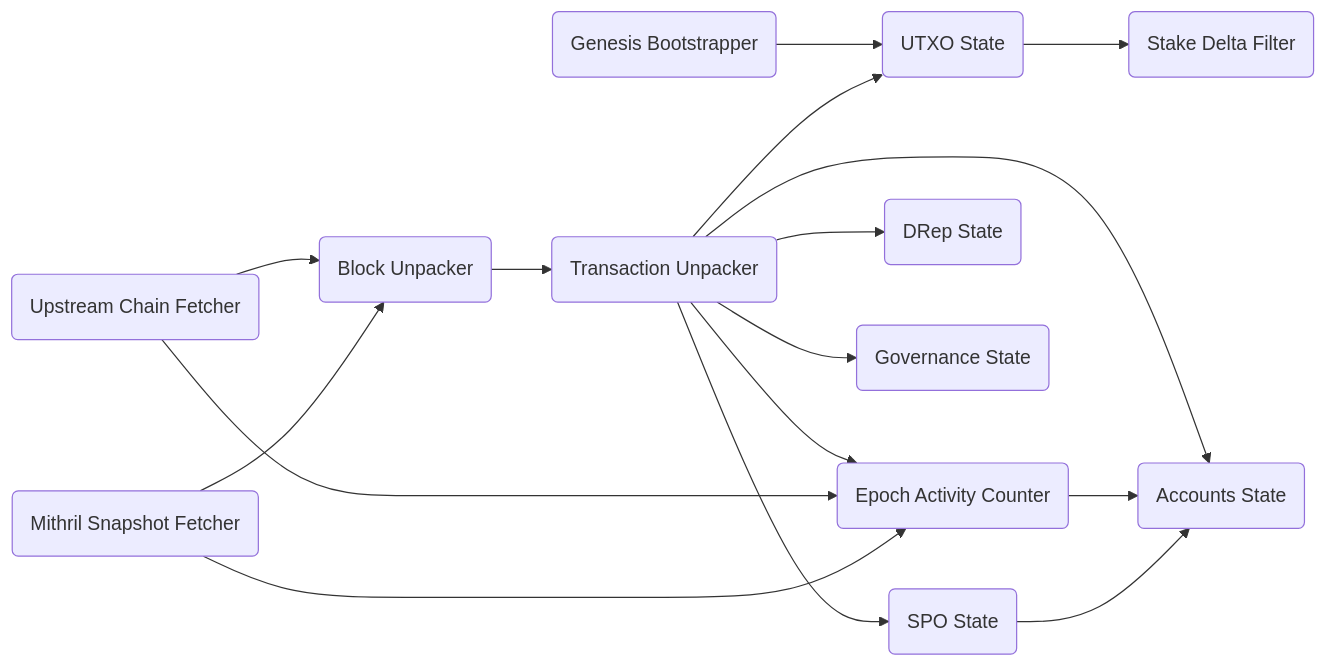
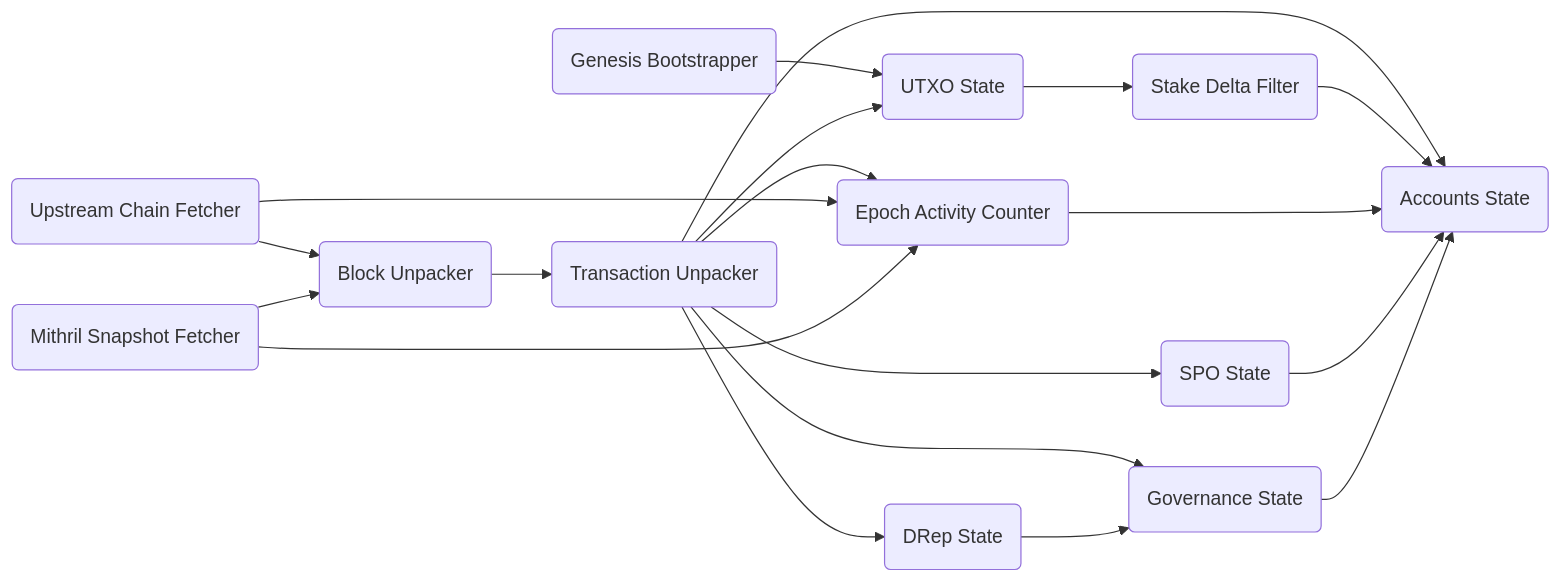
Before and after one commit to input-output-hk/acropolis: the second of 2 diagrams in README.md, drawn with Mermaid.

Commit message:
Extra Mermaid diagram arcs

````diff
--- a/README.md
+++ b/README.md
@@ -64,32 +64,35 @@
 ```mermaid
 graph LR
 
    UpstreamChainFetcher(Upstream Chain Fetcher)
    GenesisBootstrapper(Genesis Bootstrapper)
    MithrilSnapshotFetcher(Mithril Snapshot Fetcher)
    BlockUnpacker(Block Unpacker)
    TxUnpacker(Transaction Unpacker)
    UTXOState(UTXO State)
    SPOState(SPO State)
    DRepState(DRep State)
    GovernanceState(Governance State)
    StakeDeltaFilter(Stake Delta Filter)
    EpochActivityCounter(Epoch Activity Counter)
    AccountsState(Accounts State)
 
    UpstreamChainFetcher --> BlockUnpacker
    MithrilSnapshotFetcher --> BlockUnpacker
    BlockUnpacker --> TxUnpacker
    GenesisBootstrapper --> UTXOState
    TxUnpacker --> UTXOState
    TxUnpacker --> EpochActivityCounter
    TxUnpacker --> AccountsState
    TxUnpacker --> SPOState
    TxUnpacker --> DRepState
    TxUnpacker --> GovernanceState
    UTXOState --> StakeDeltaFilter
+   StakeDeltaFilter --> AccountsState
    UpstreamChainFetcher --> EpochActivityCounter
    MithrilSnapshotFetcher --> EpochActivityCounter
    EpochActivityCounter --> AccountsState
    SPOState --> AccountsState
+   DRepState --> GovernanceState
+   GovernanceState --> AccountsState
 ```
````
